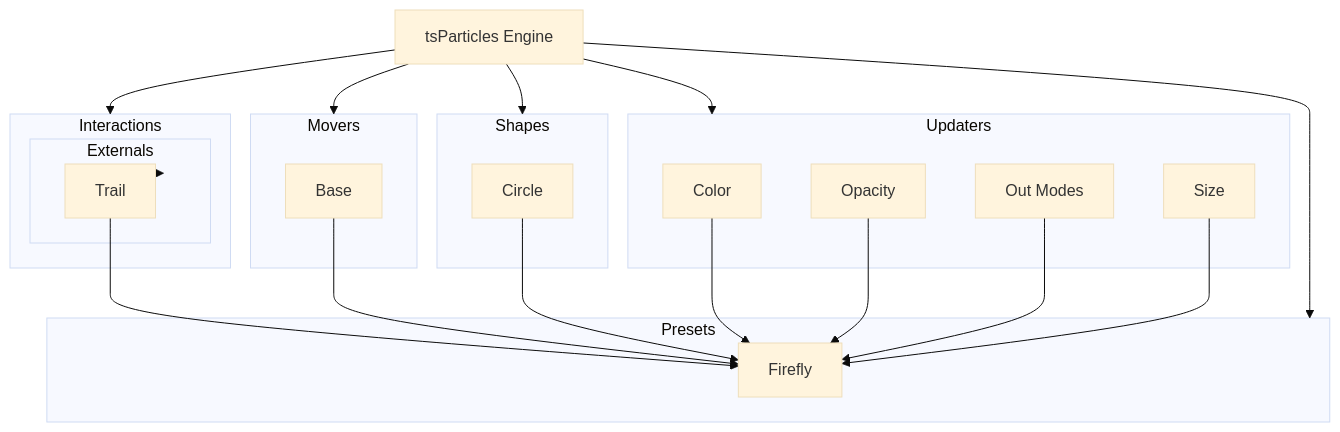
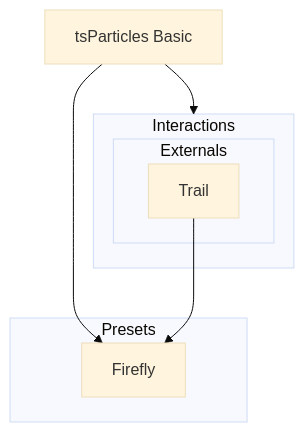
Before and after one commit to tsparticles/presets: the diagram in presets/firefly/README.md, drawn with Mermaid (base theme). The commit also changed 35 other files, not shown here.

Commit message:
feat: added squares preset build: updated all mermaid charts

````diff
--- a/presets/firefly/README.md
+++ b/presets/firefly/README.md
@@ -168,44 +168,19 @@
 ```mermaid
 flowchart TD
 
 subgraph i [Interactions]
 
 subgraph ie [Externals]
 iet[Trail]
 end
 
 end
 
-i --> ie
-
-e[tsParticles Engine] --> i
-
-subgraph m [Movers]
-mb[Base]
-end
-
-e --> m
-
-subgraph s [Shapes]
-sc[Circle]
-end
-
-e --> s
-
-subgraph u [Updaters]
-uc[Color]
-uop[Opacity]
-uou[Out Modes]
-usi[Size]
-end
-
-e --> u
+bb[tsParticles Basic] --> i
 
 subgraph pr [Presets]
 prff[Firefly]
 end
 
-e --> pr
-
-iet & mb & sc & uc & uop & uou & usi --> prff
+bb & iet --> prff
 ```
````
